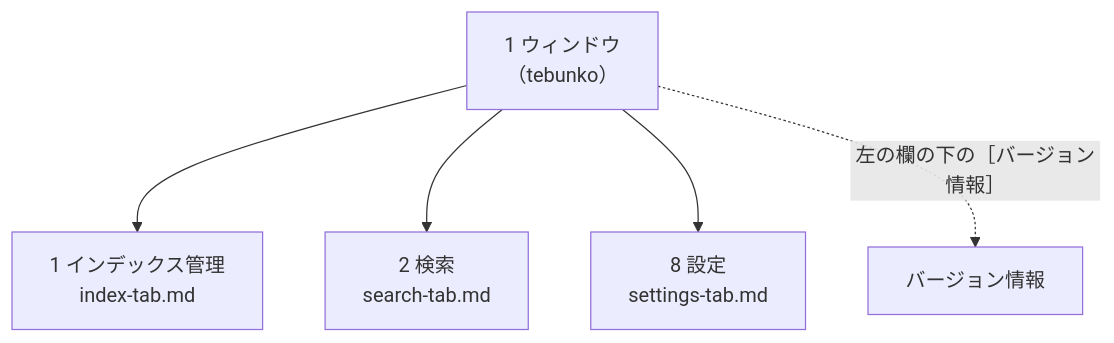
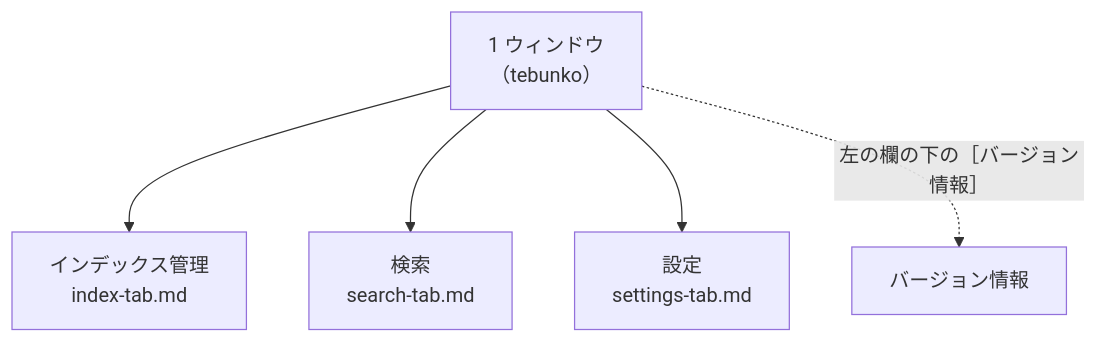
One commit to hsgwa/tebunko changed the first of 2 diagrams in docs/design/gui/index.md. Above: the diagram before and after it, drawn with Mermaid. The commit also changed other lines of this file and 77 other files, not shown here.

````diff
--- a/docs/design/gui/index.md
+++ b/docs/design/gui/index.md
@@ -16,8 +16,8 @@
 ```mermaid
 flowchart TB
     win["1 ウィンドウ<br>（tebunko）"]
-    win --> t1["1 インデックス管理<br>index-tab.md"]
-    win --> t2["2 検索<br>search-tab.md"]
-    win --> t8["8 設定<br>settings-tab.md"]
+    win --> t1["インデックス管理<br>index-tab.md"]
+    win --> t2["検索<br>search-tab.md"]
+    win --> t8["設定<br>settings-tab.md"]
     win -. "左の欄の下の［バージョン情報］" .-> about["バージョン情報"]
 ```
````
